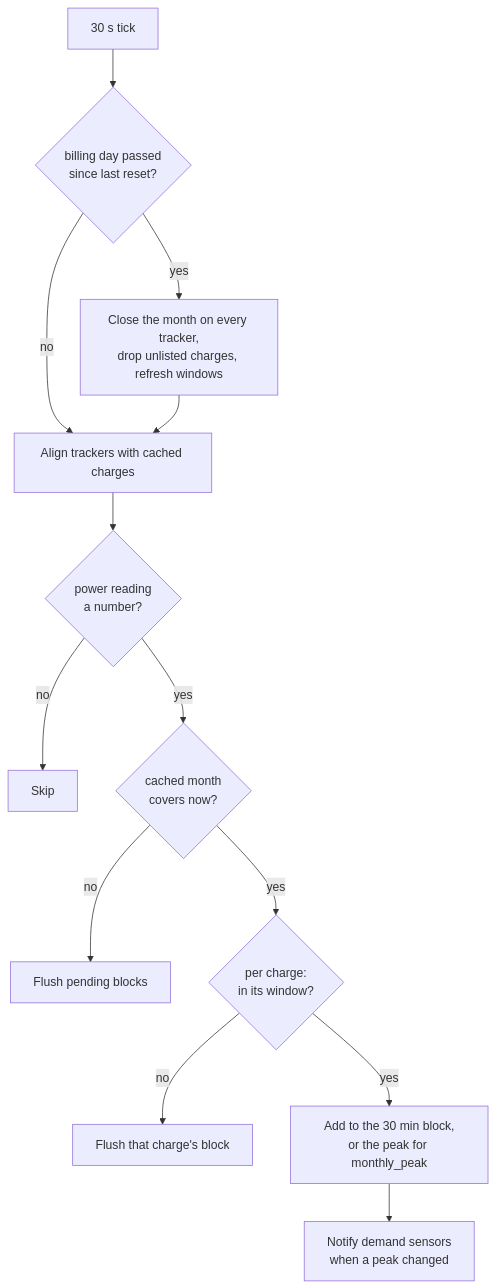
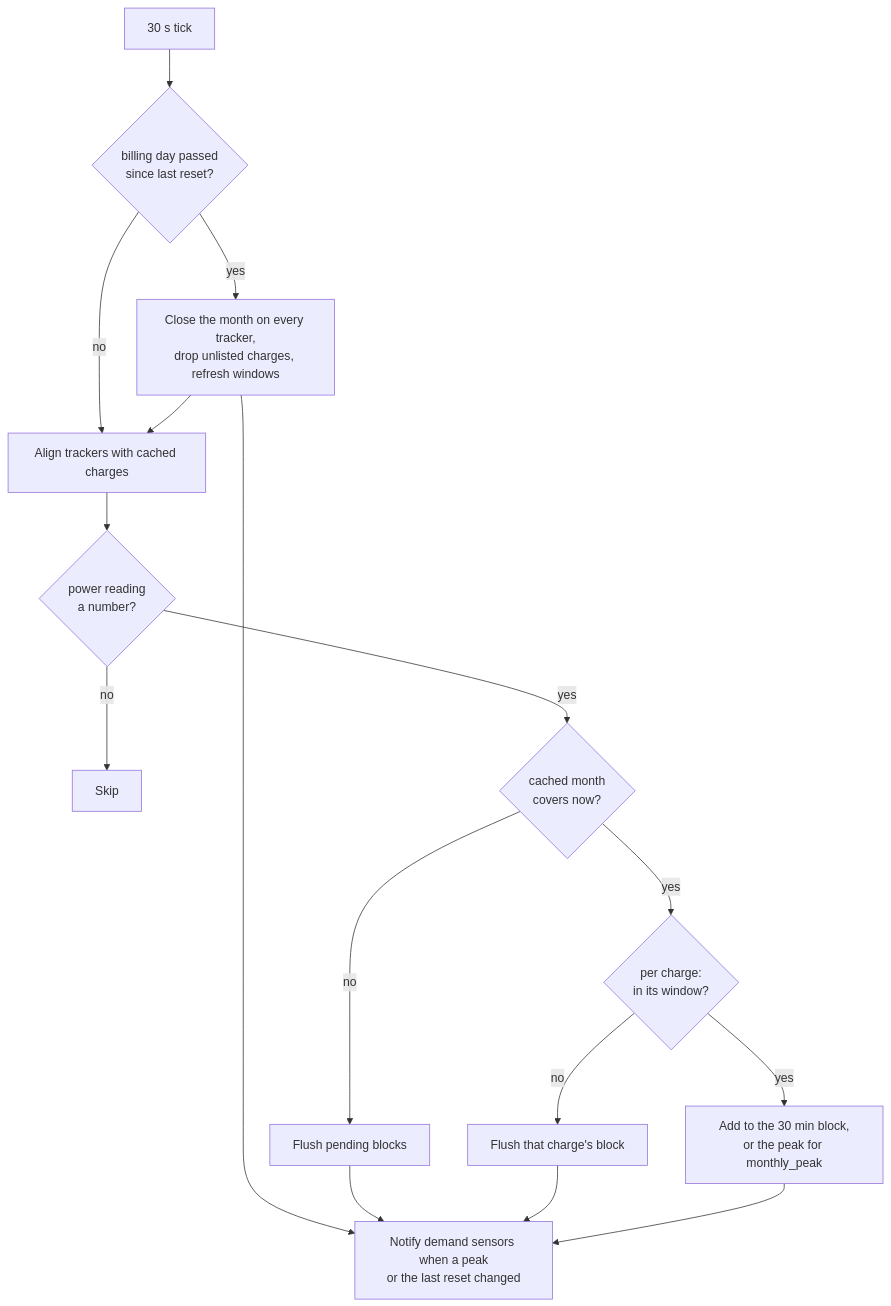
Before and after one commit to Open-Energy-Collective/ha-tariff-au: the third of 4 diagrams in docs/design/oec_tariff_au/oec_tariff_au.md, drawn with Mermaid. The commit also changed other lines of this file, not shown here.

Commit message:
docs: design view draws every sensor notify and names the spec commit it was checked against

````diff
--- a/docs/design/oec_tariff_au/oec_tariff_au.md
+++ b/docs/design/oec_tariff_au/oec_tariff_au.md
@@ -51,15 +51,18 @@
 ```mermaid
 flowchart TD
   T["30 s tick"] --> R{"billing day passed<br/>since last reset?"}
   R -->|yes| RS["Close the month on every tracker,<br/>drop unlisted charges, refresh windows"]
   R -->|no| SY
   RS --> SY["Align trackers with cached charges"]
   SY --> P{"power reading<br/>a number?"}
   P -->|no| E["Skip"]
   P -->|yes| C{"cached month<br/>covers now?"}
   C -->|no| F["Flush pending blocks"]
   C -->|yes| W{"per charge:<br/>in its window?"}
   W -->|no| FL["Flush that charge's block"]
   W -->|yes| B["Add to the 30 min block,<br/>or the peak for monthly_peak"]
-  B --> N["Notify demand sensors<br/>when a peak changed"]
+  RS --> N["Notify demand sensors when a peak<br/>or the last reset changed"]
+  F --> N
+  FL --> N
+  B --> N
 ```
````
